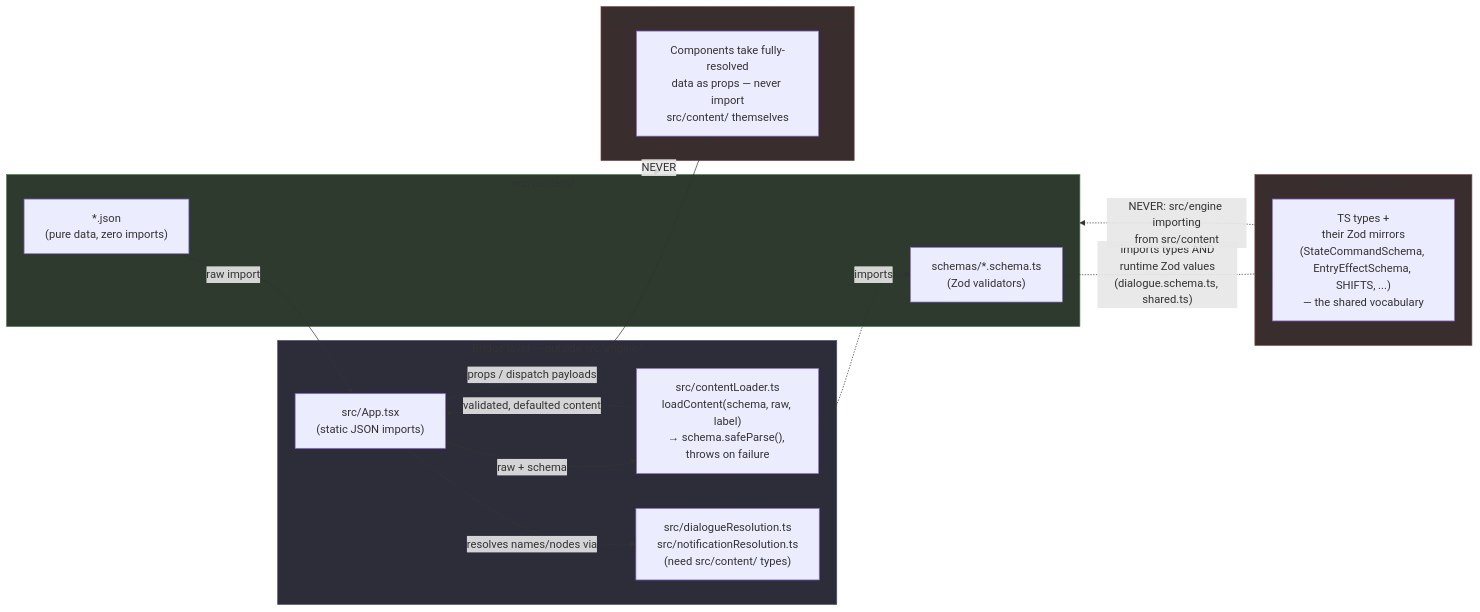
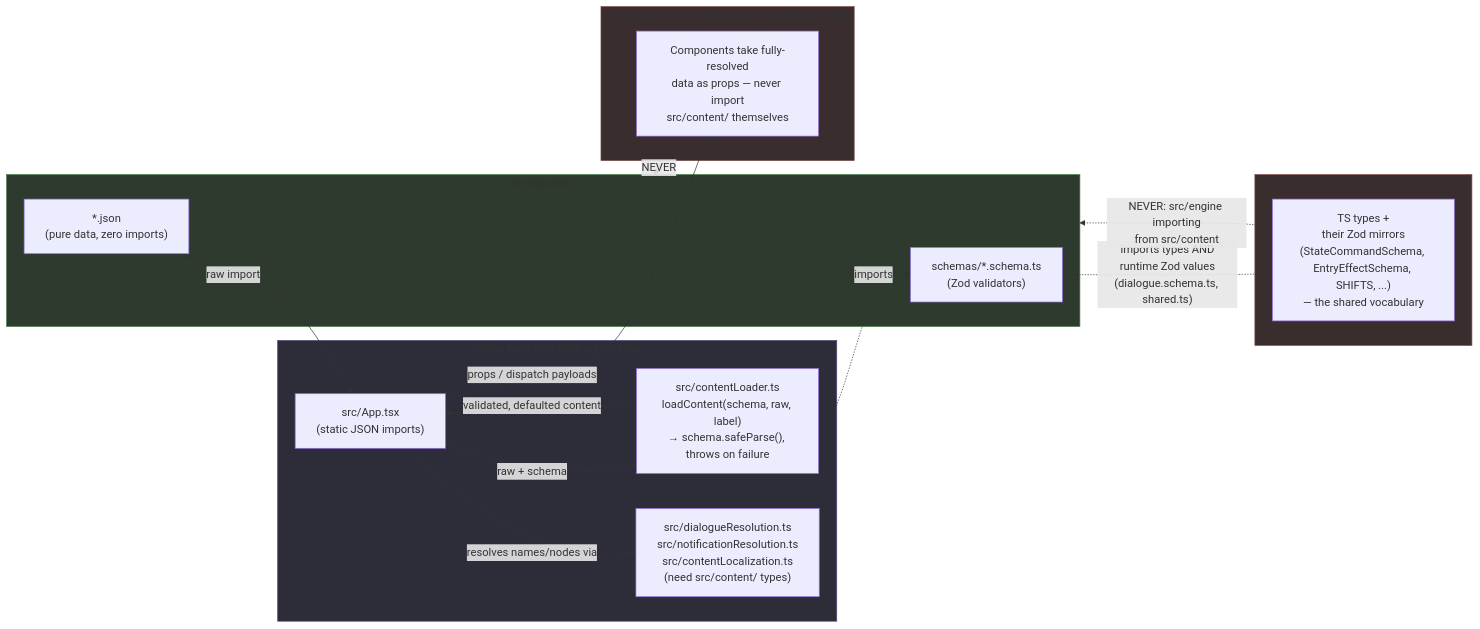
The fifth of 5 diagrams in docs/engine.md (GSoster/broadsheet-rapier), drawn with Mermaid before and after one commit. The commit also changed other lines of this file and 53 other files, not shown here.

````diff
--- a/docs/engine.md
+++ b/docs/engine.md
@@ -313,38 +313,38 @@
 ```mermaid
 flowchart LR
     subgraph Content["src/content/"]
         JSON["*.json<br/>(pure data, zero imports)"]
         Schemas["schemas/*.schema.ts<br/>(Zod validators)"]
     end
 
     subgraph Bridge["Bridge layer — outside src/engine/"]
         App["src/App.tsx<br/>(static JSON imports)"]
         Loader["src/contentLoader.ts<br/>loadContent(schema, raw, label)<br/>→ schema.safeParse(), throws on failure"]
-        Resolution["src/dialogueResolution.ts<br/>src/notificationResolution.ts<br/>(need src/content/ types)"]
+        Resolution["src/dialogueResolution.ts<br/>src/notificationResolution.ts<br/>src/contentLocalization.ts<br/>(need src/content/ types)"]
     end
 
     subgraph EngineT["src/engine/types/"]
         Types["TS types +<br/>their Zod mirrors<br/>(StateCommandSchema, EntryEffectSchema, SHIFTS, ...)<br/>— the shared vocabulary"]
     end
 
     subgraph Engine["src/engine/ (components, store, minigames, utils)"]
         Comp["Components take fully-resolved<br/>data as props — never import<br/>src/content/ themselves"]
     end
 
     JSON -->|raw import| App
     App -->|"raw + schema"| Loader
     Loader -->|"validated, defaulted content"| App
     App -->|"props / dispatch payloads"| Comp
     App -->|resolves names/nodes via| Resolution
 
     Schemas -.->|"imports types AND\nruntime Zod values\n(dialogue.schema.ts, shared.ts)"| Types
     Loader -.->|imports| Schemas
 
     Types -.->|"NEVER: src/engine importing\nfrom src/content"| Content
     Engine -.->|"NEVER"| Content
 
     style Content fill:#2d3a2d,stroke:#4a7a4a
     style Bridge fill:#2d2d3a,stroke:#4a4a7a
     style EngineT fill:#3a2d2d,stroke:#7a4a4a
     style Engine fill:#3a2d2d,stroke:#7a4a4a
 ```
````
